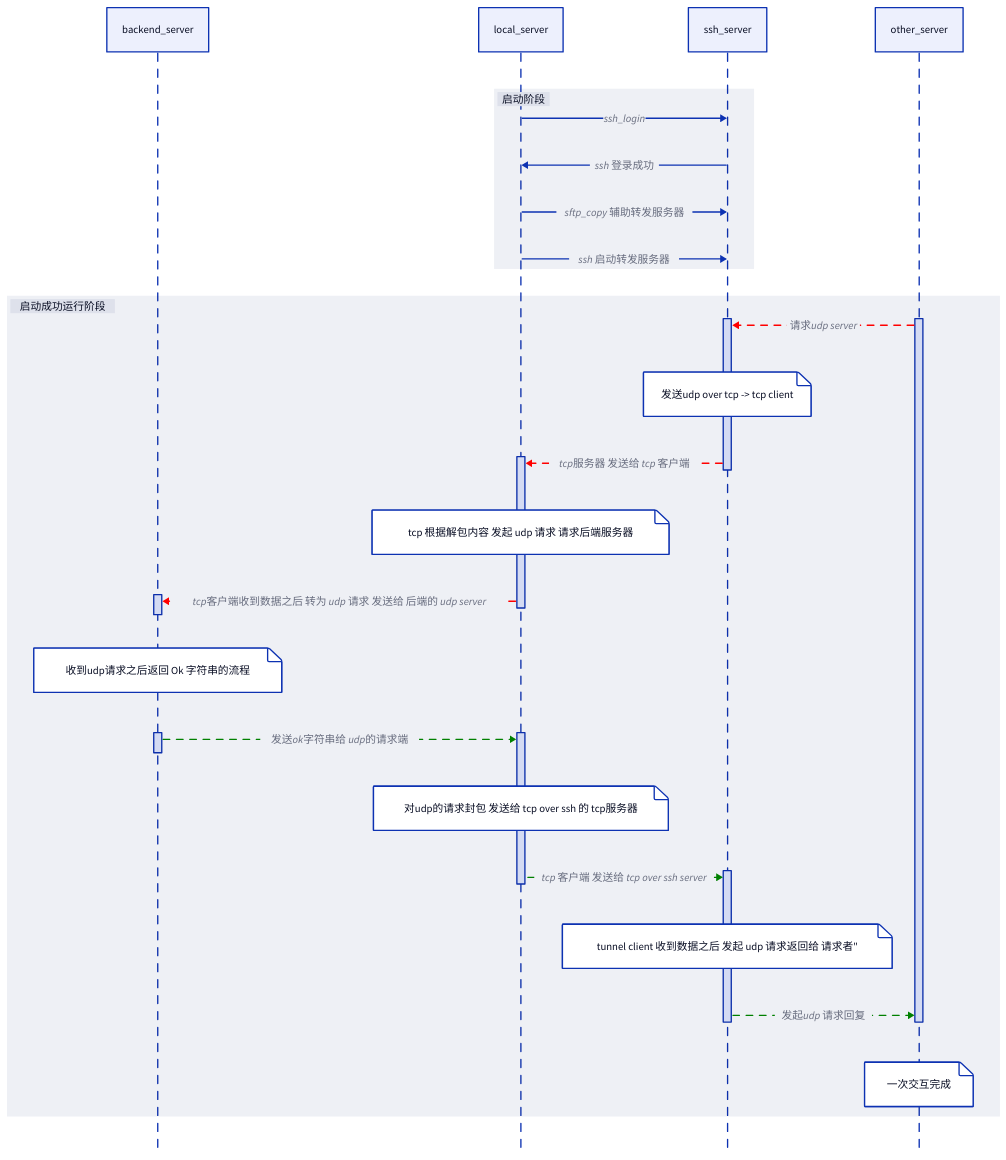
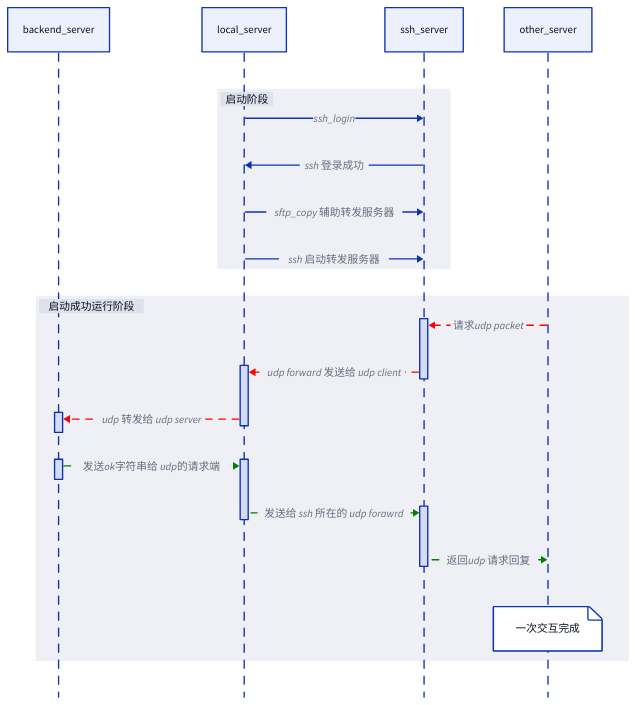
One commit to Crtrpt/Twinkle changed the diagram in flow_udp_tunnel.d2. Above: the diagram before and after it, drawn with D2. The commit also changed 1 other file, not shown here.

Commit message:
修正udp转发流程图

```diff
--- a/flow_udp_tunnel.d2
+++ b/flow_udp_tunnel.d2
@@ -1,56 +1,48 @@
 shape: sequence_diagram
 
 backend_server
 local_server
 ssh_server
 other_server
 
 启动阶段: {
     local_server->ssh_server:ssh_login
     local_server<-ssh_server:ssh 登录成功
     local_server->ssh_server:sftp_copy 辅助转发服务器
     local_server->ssh_server:ssh  启动转发服务器
 }
 
 启动成功运行阶段:{
 
-        other_server.req->ssh_server.a:请求udp server{
+        other_server->ssh_server.a:请求udp packet{
             style.animated: true
             style.stroke: red
         }
     
-        
-        ssh_server."发送udp over tcp -> tcp client"
-        ssh_server.a->local_server.a:tcp服务器 发送给 tcp 客户端 {
+        ssh_server.a->local_server.a:udp forward 发送给 udp client {
+            style.animated: true
+            style.stroke: red
+        }
+ 
+        local_server.a->backend_server.a: "udp 转发给 udp server"{
             style.animated: true
             style.stroke: red
         }
 
-        local_server."tcp 根据解包内容 发起 udp 请求 请求后端服务器"
-        local_server.a->backend_server.a: tcp客户端收到数据之后 转为 udp 请求 发送给 后端的 udp server{
-            style.animated: true
-            style.stroke: red
-        }
-    
-        backend_server."收到udp请求之后返回 Ok 字符串的流程"
         backend_server.b->local_server.b:发送ok字符串给 udp的请求端{
             style.animated: true
             style.stroke: green
-        }   
+        } 
 
-        local_server."对udp的请求封包 发送给 tcp over ssh 的 tcp服务器"
-        ssh_server.b<-local_server.b: tcp 客户端 发送给 tcp over ssh server {
+        ssh_server.b<-local_server.b: 发送给 ssh 所在的 udp forawrd {
             style.animated: true
             style.stroke: green
         }
-
-
-
-        ssh_server.tunnel client 收到数据之后 发起 udp 请求返回给 请求者"
-        other_server.req<-ssh_server.b:发起udp 请求回复{
+      
+        other_server<-ssh_server.b:返回udp 请求回复{
             style.animated: true
             style.stroke:green
         }
         other_server.一次交互完成
 
 }
```
